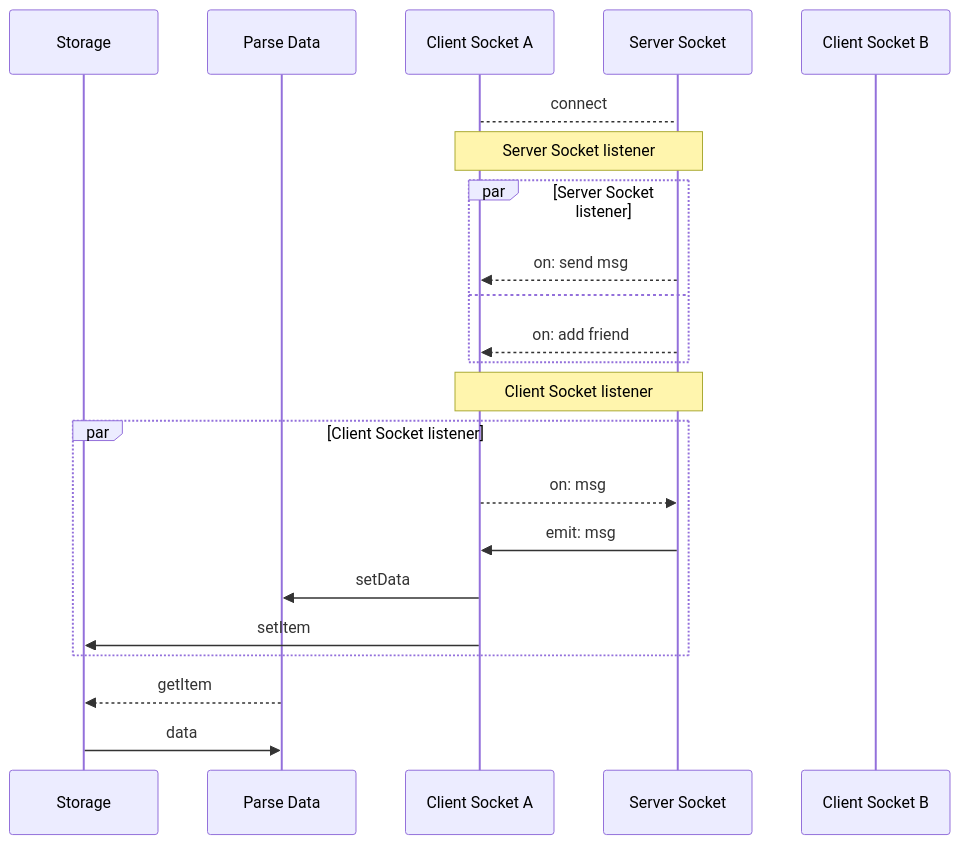
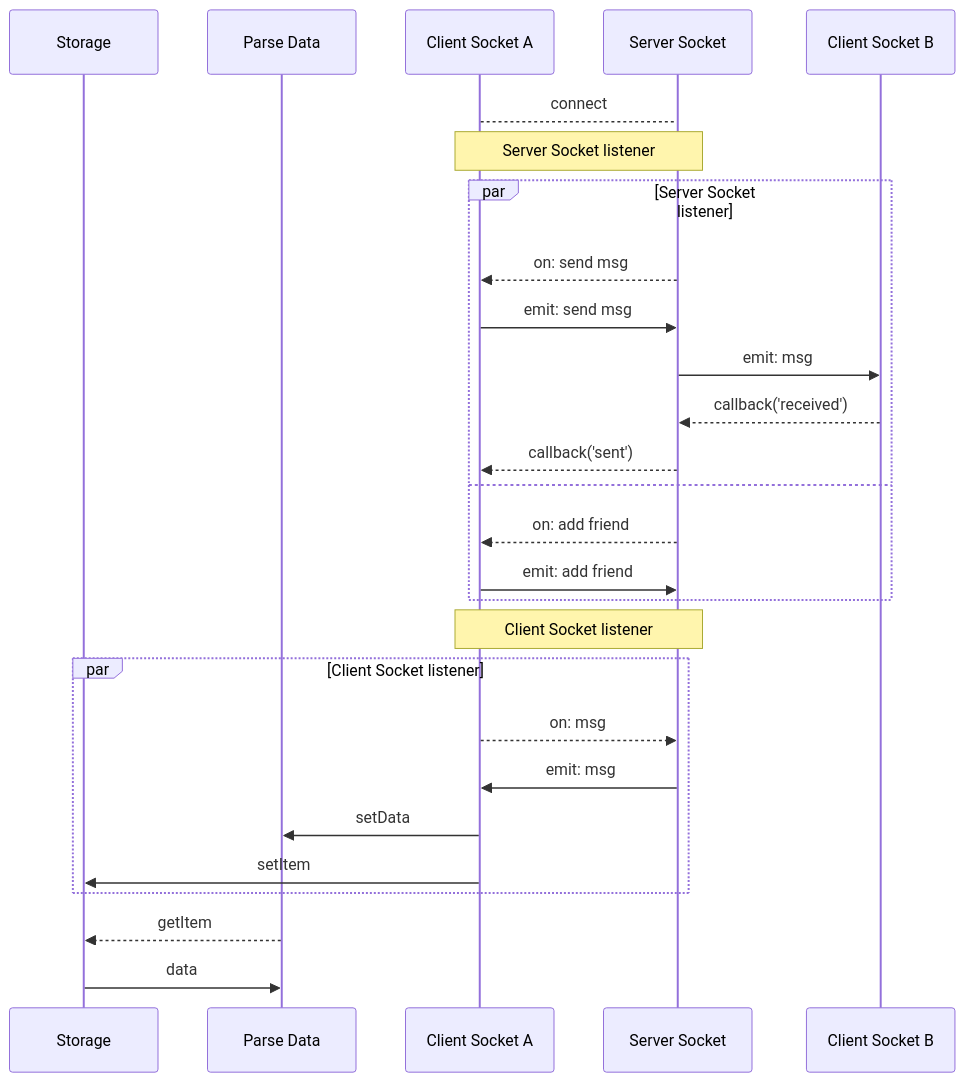
One commit to Chizi-P/ChatApp changed the second of 3 diagrams in Documentation/Communication.md. Above: the diagram before and after it, drawn with Mermaid. The commit also changed 6 other files, not shown here.

```diff
--- a/Documentation/Communication.md
+++ b/Documentation/Communication.md
@@ -27,27 +27,32 @@
 ::: mermaid
     sequenceDiagram
     participant Storage as Storage
     participant D as Parse Data
     participant CS1 as Client Socket A
     participant SS as Server Socket
     participant CS2 as Client Socket B
     CS1 --> SS: connect
     Note over CS1, SS: Server Socket listener
     par Server Socket listener
         SS -->> CS1: on: send msg
+        CS1 ->> SS: emit: send msg
+        SS ->> CS2: emit: msg
+        CS2 -->> SS: callback('received')
+        SS -->> CS1: callback('sent')
     and
         SS -->> CS1: on: add friend
+        CS1 ->> SS: emit: add friend
     end
     Note over CS1, SS: Client Socket listener
     par Client Socket listener
         CS1 -->> SS: on: msg
         SS ->> CS1: emit: msg
         CS1 ->> D: setData
         CS1 ->> Storage: setItem
     end
     
     D -->> Storage: getItem
     Storage ->> D: data
     
 
 :::
```
